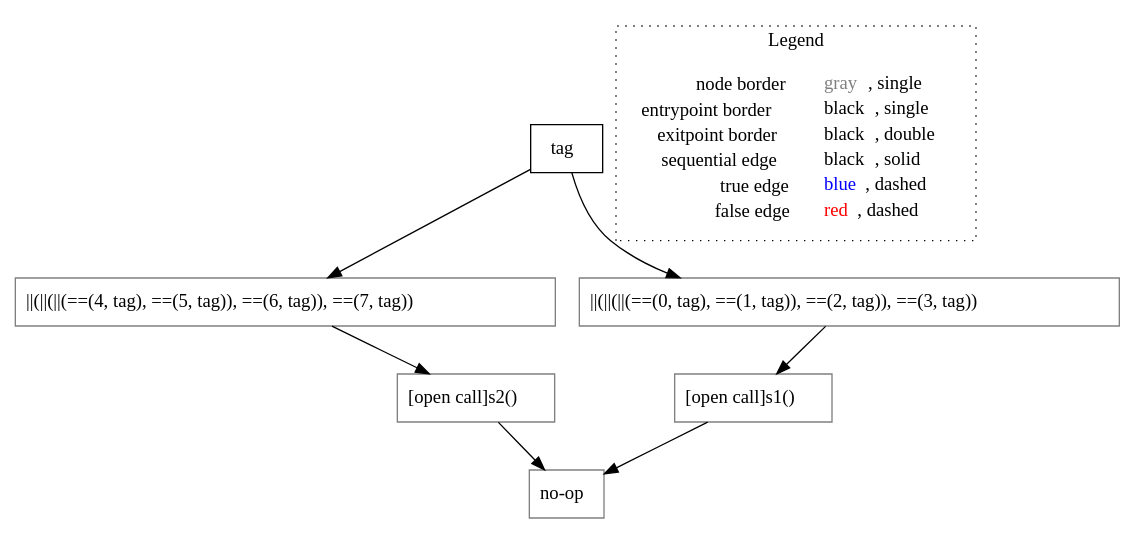
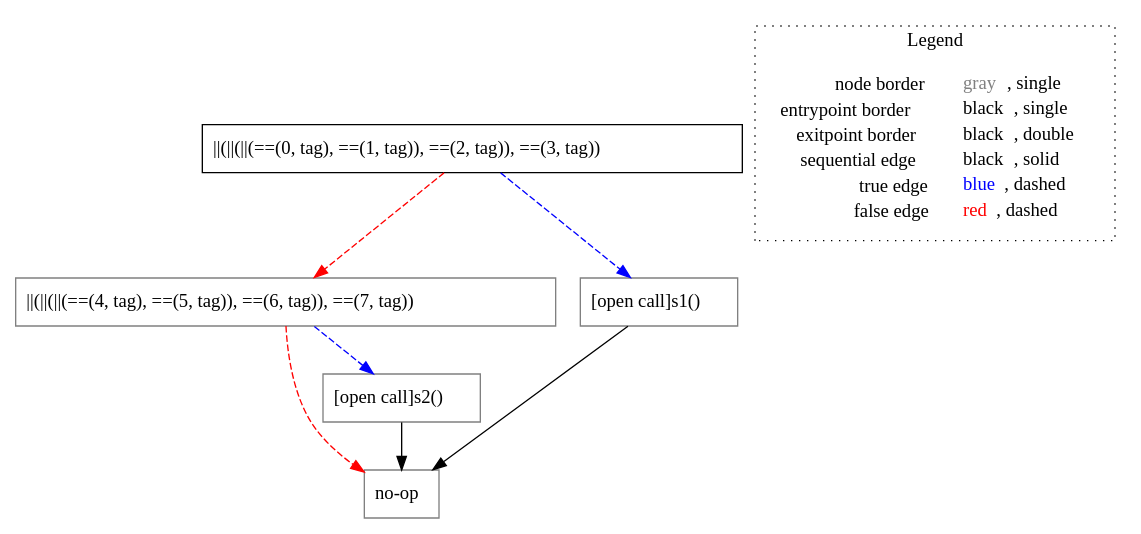
The diagram in go-lisa/test-outputs/switch/untyped_multiExps().dot (lisa-analyzer/go-lisa), drawn with Graphviz before and after one commit. The commit also changed 7 other files, not shown here.

```diff
--- a/go-lisa/test-outputs/switch/untyped_multiExps().dot
+++ b/go-lisa/test-outputs/switch/untyped_multiExps().dot
@@ -1,21 +1,20 @@
 digraph {
-	"node0" [shape="rect",color="black",label=<tag>];
+	"node0" [shape="rect",color="black",label=<||(||(||(==(0, tag), ==(1, tag)), ==(2, tag)), ==(3, tag))>];
 	"node1" [shape="rect",color="gray",label=<||(||(||(==(4, tag), ==(5, tag)), ==(6, tag)), ==(7, tag))>];
 	"node2" [shape="rect",color="gray",label=<no-op>];
 	"node3" [shape="rect",color="gray",label=<[open call]s2()>];
 	"node4" [shape="rect",color="gray",label=<[open call]s1()>];
-	"node5" [shape="rect",color="gray",label=<||(||(||(==(0, tag), ==(1, tag)), ==(2, tag)), ==(3, tag))>];
-	"node0" -> "node1" [color="black"];
-	"node0" -> "node5" [color="black"];
-	"node1" -> "node3" [color="black"];
+	"node1" -> "node2" [color="red",style="dashed"];
+	"node1" -> "node3" [color="blue",style="dashed"];
 	"node3" -> "node2" [color="black"];
 	"node4" -> "node2" [color="black"];
-	"node5" -> "node4" [color="black"];
+	"node0" -> "node1" [color="red",style="dashed"];
+	"node0" -> "node4" [color="blue",style="dashed"];
 subgraph cluster_legend {
 	label="Legend";
 	style=dotted;
 	node [shape=plaintext];
 	"legend" [label=<<table border="0" cellpadding="2" cellspacing="0" cellborder="0"><tr><td align="right">node border&nbsp;</td><td align="left"><font color="gray">gray</font>, single</td></tr><tr><td align="right">entrypoint border&nbsp;</td><td align="left"><font color="black">black</font>, single</td></tr><tr><td align="right">exitpoint border&nbsp;</td><td align="left"><font color="black">black</font>, double</td></tr><tr><td align="right">sequential edge&nbsp;</td><td align="left"><font color="black">black</font>, solid</td></tr><tr><td align="right">true edge&nbsp;</td><td align="left"><font color="blue">blue</font>, dashed</td></tr><tr><td align="right">false edge&nbsp;</td><td align="left"><font color="red">red</font>, dashed</td></tr></table>>];
 }
 
 }
```
